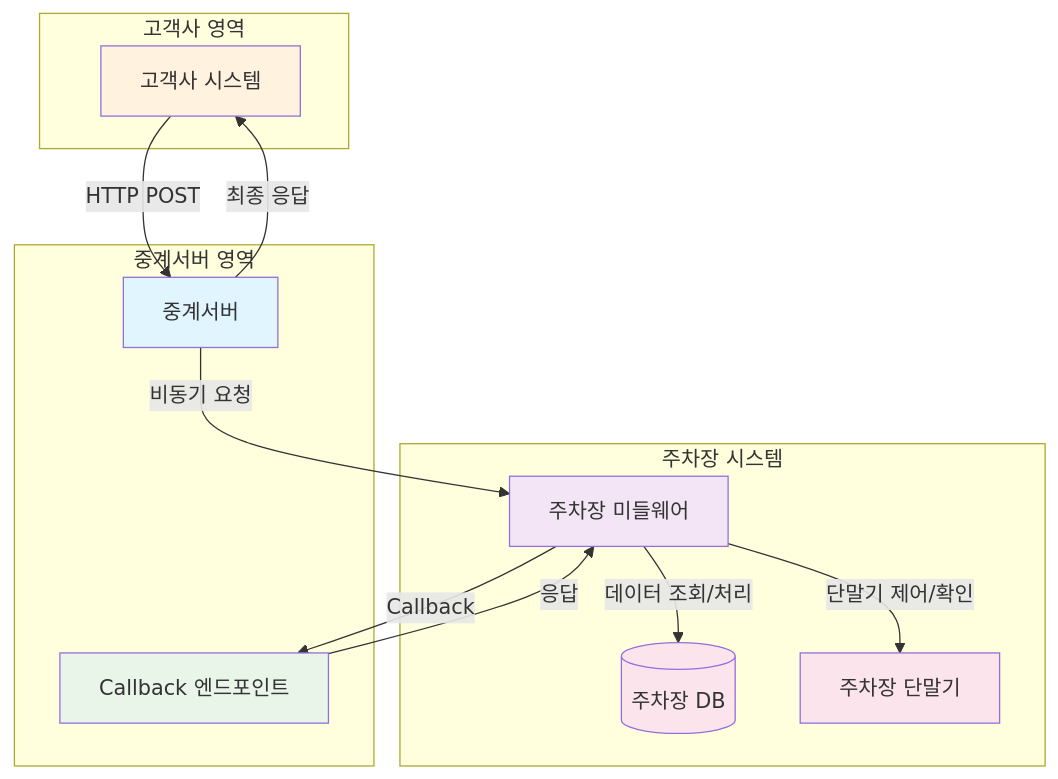
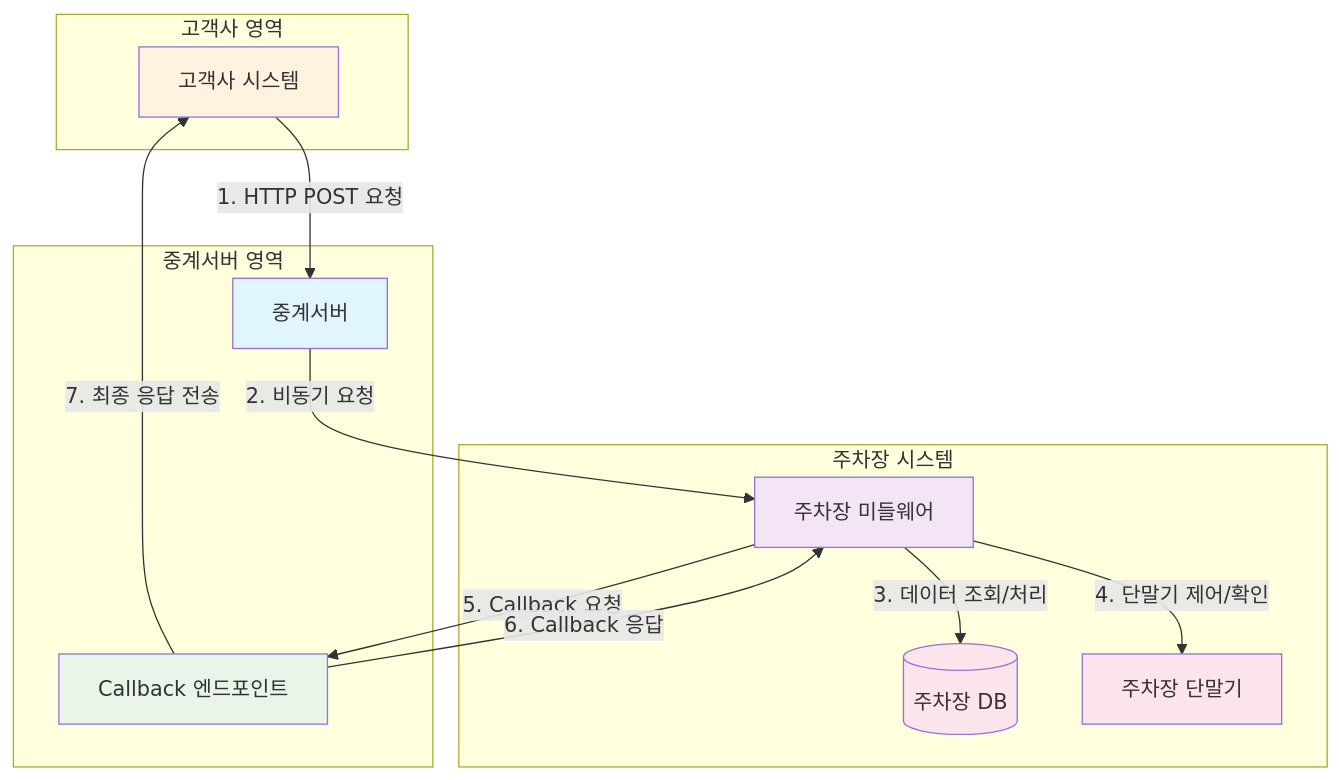
The first of 6 diagrams in README.md (hongsoonmyung/test), drawn with Mermaid before and after one commit.

````diff
--- a/README.md
+++ b/README.md
@@ -16,38 +16,38 @@
 ```mermaid
 graph TB
     subgraph "고객사 영역"
         Client[고객사 시스템]
     end
     
     subgraph "중계서버 영역"
         Relay[중계서버]
         Callback[Callback 엔드포인트]
     end
     
     subgraph "주차장 시스템"
         MW[주차장 미들웨어]
         ParkingDB[(주차장 DB)]
         Terminal[주차장 단말기]
     end
     
-    Client -->|HTTP POST | Relay
-    Relay -->|비동기 요청| MW
-    MW -->|데이터 조회/처리| ParkingDB
-    MW -->|단말기 제어/확인| Terminal
-    MW -->|Callback| Callback
-    Callback -->|응답| MW
-    Relay -->|최종 응답 | Client
+    Client -->|1. HTTP POST 요청| Relay
+    Relay -->|2. 비동기 요청| MW
+    MW -->|3. 데이터 조회/처리| ParkingDB
+    MW -->|4. 단말기 제어/확인| Terminal
+    MW -->|5. Callback 요청| Callback
+    Callback -->|6. Callback 응답| MW
+    Callback -->|7. 최종 응답 전송| Client
     
     classDef relayStyle fill:#e1f5fe
     classDef mwStyle fill:#f3e5f5
     classDef callbackStyle fill:#e8f5e8
     classDef clientStyle fill:#fff3e0
     classDef parkingStyle fill:#fce4ec
     
     class Relay relayStyle
     class MW mwStyle
     class Callback callbackStyle
     class Client clientStyle
     class ParkingDB parkingStyle
     class Terminal parkingStyle
 ```
````
